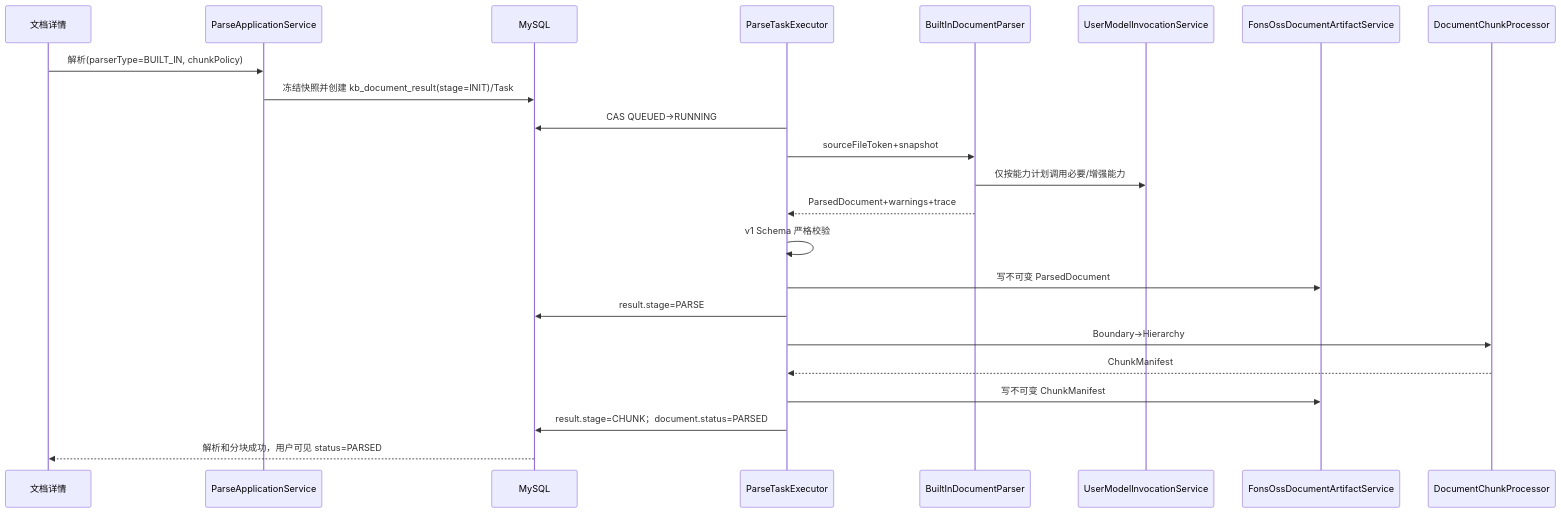
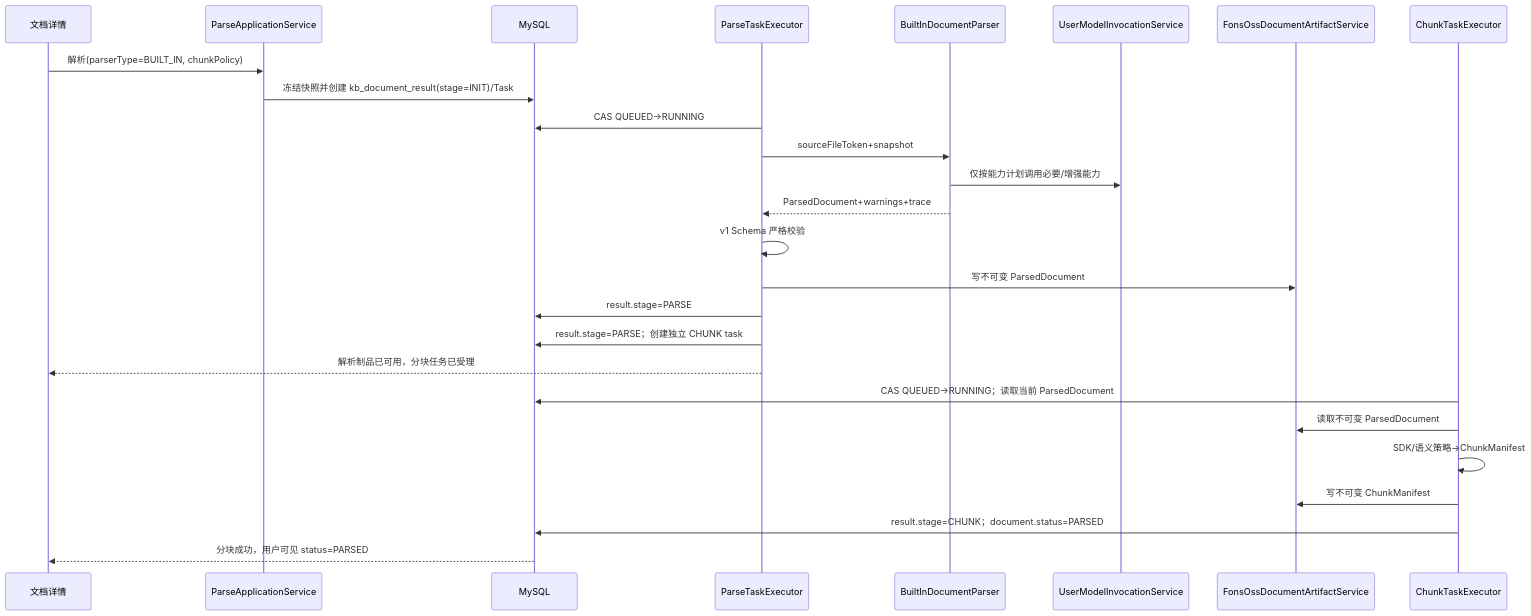
The first of 6 diagrams in spec/features/20260817/document-processing-refactor/文档处理流水线重构-技术设计说明书.md (nauyiq/fons4ai-rag2okf), drawn with Mermaid before and after one commit. The commit also changed other lines of this file and 307 other files, not shown here.

````diff
--- a/spec/features/20260817/document-processing-refactor/文档处理流水线重构-技术设计说明书.md
+++ b/spec/features/20260817/document-processing-refactor/文档处理流水线重构-技术设计说明书.md
@@ -112,25 +118,28 @@
 ```mermaid
 sequenceDiagram
     participant UI as 文档详情
     participant App as ParseApplicationService
     participant DB as MySQL
     participant Task as ParseTaskExecutor
     participant Parser as BuiltInDocumentParser
     participant Model as UserModelInvocationService
     participant OSS as FonsOssDocumentArtifactService
-    participant Chunk as DocumentChunkProcessor
+    participant Chunk as ChunkTaskExecutor
     UI->>App: 解析(parserType=BUILT_IN, chunkPolicy)
     App->>DB: 冻结快照并创建 kb_document_result(stage=INIT)/Task
     Task->>DB: CAS QUEUED→RUNNING
     Task->>Parser: sourceFileToken+snapshot
     Parser->>Model: 仅按能力计划调用必要/增强能力
     Parser-->>Task: ParsedDocument+warnings+trace
     Task->>Task: v1 Schema 严格校验
     Task->>OSS: 写不可变 ParsedDocument
     Task->>DB: result.stage=PARSE
-    Task->>Chunk: Boundary→Hierarchy
-    Chunk-->>Task: ChunkManifest
-    Task->>OSS: 写不可变 ChunkManifest
-    Task->>DB: result.stage=CHUNK；document.status=PARSED
-    DB-->>UI: 解析和分块成功，用户可见 status=PARSED
+    Task->>DB: result.stage=PARSE；创建独立 CHUNK task
+    Task-->>UI: 解析制品已可用，分块任务已受理
+    Chunk->>DB: CAS QUEUED→RUNNING；读取当前 ParsedDocument
+    Chunk->>OSS: 读取不可变 ParsedDocument
+    Chunk->>Chunk: SDK/语义策略→ChunkManifest
+    Chunk->>OSS: 写不可变 ChunkManifest
+    Chunk->>DB: result.stage=CHUNK；document.status=PARSED
+    DB-->>UI: 分块成功，用户可见 status=PARSED
 ```
````
